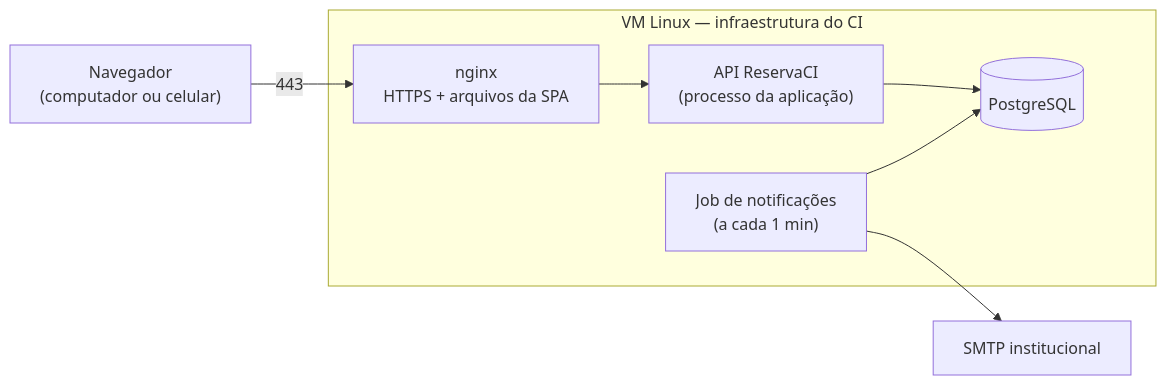
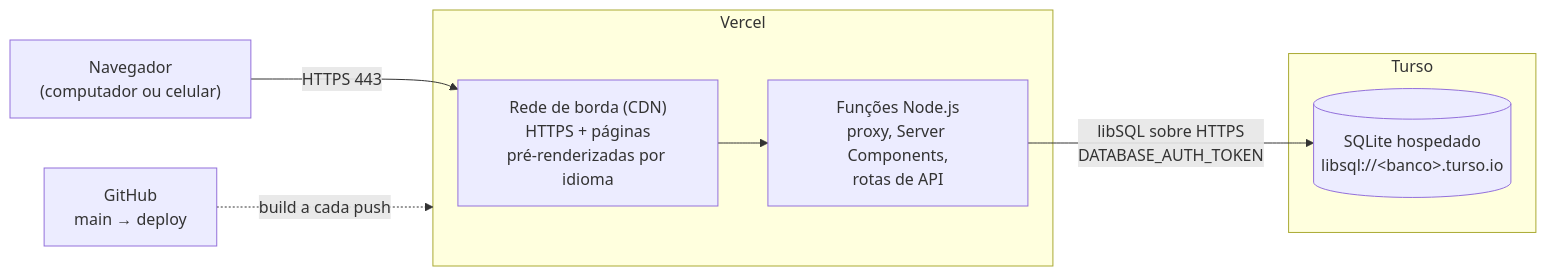
Before and after one commit to beatrizmontenegro07/projeto-metodos: the third of 4 diagrams in docs/07-arquitetura/README.md, drawn with Mermaid. The commit also changed other lines of this file, not shown here.

First line of the commit message:
docs(arquitetura): describe CliniCore logical and physical architecture

````diff
--- a/docs/07-arquitetura/README.md
+++ b/docs/07-arquitetura/README.md
@@ -50,15 +79,16 @@
 ```mermaid
 flowchart LR
     browser["Navegador<br/>(computador ou celular)"]
-    subgraph vm["VM Linux — infraestrutura do CI"]
-        nginx["nginx<br/>HTTPS + arquivos da SPA"]
-        app["API ReservaCI<br/>(processo da aplicação)"]
-        job["Job de notificações<br/>(a cada 1 min)"]
-        pg[("PostgreSQL")]
+    subgraph vercel["Vercel"]
+        cdn["Rede de borda (CDN)<br/>HTTPS + páginas<br/>pré-renderizadas por idioma"]
+        func["Funções Node.js<br/>proxy, Server Components,<br/>rotas de API"]
     end
-    smtp["SMTP institucional"]
+    subgraph turso["Turso"]
+        tdb[("SQLite hospedado<br/>libsql://&lt;banco&gt;.turso.io")]
+    end
+    gh["GitHub<br/>main → deploy"]
 
-    browser -->|443| nginx --> app --> pg
-    job --> pg
-    job --> smtp
+    browser -->|HTTPS 443| cdn --> func
+    func -->|libSQL sobre HTTPS<br/>DATABASE_AUTH_TOKEN| tdb
+    gh -.->|build a cada push| vercel
 ```
````
